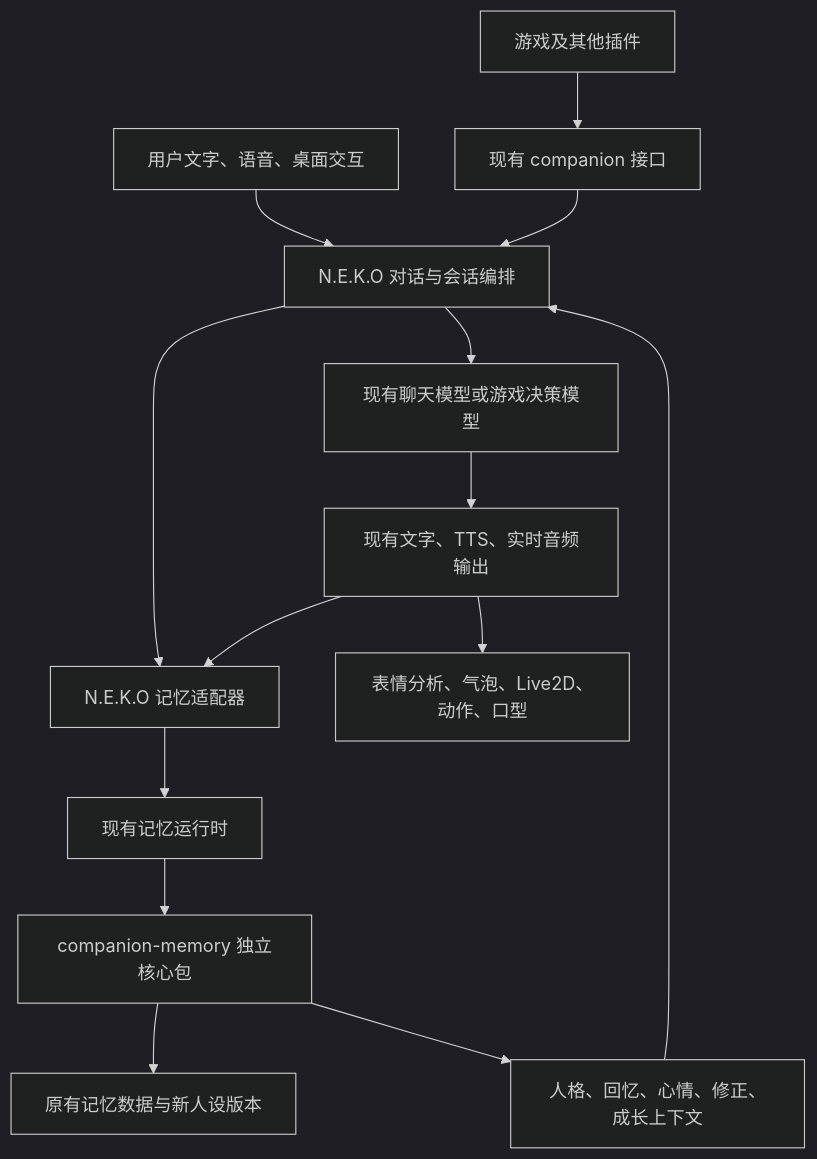
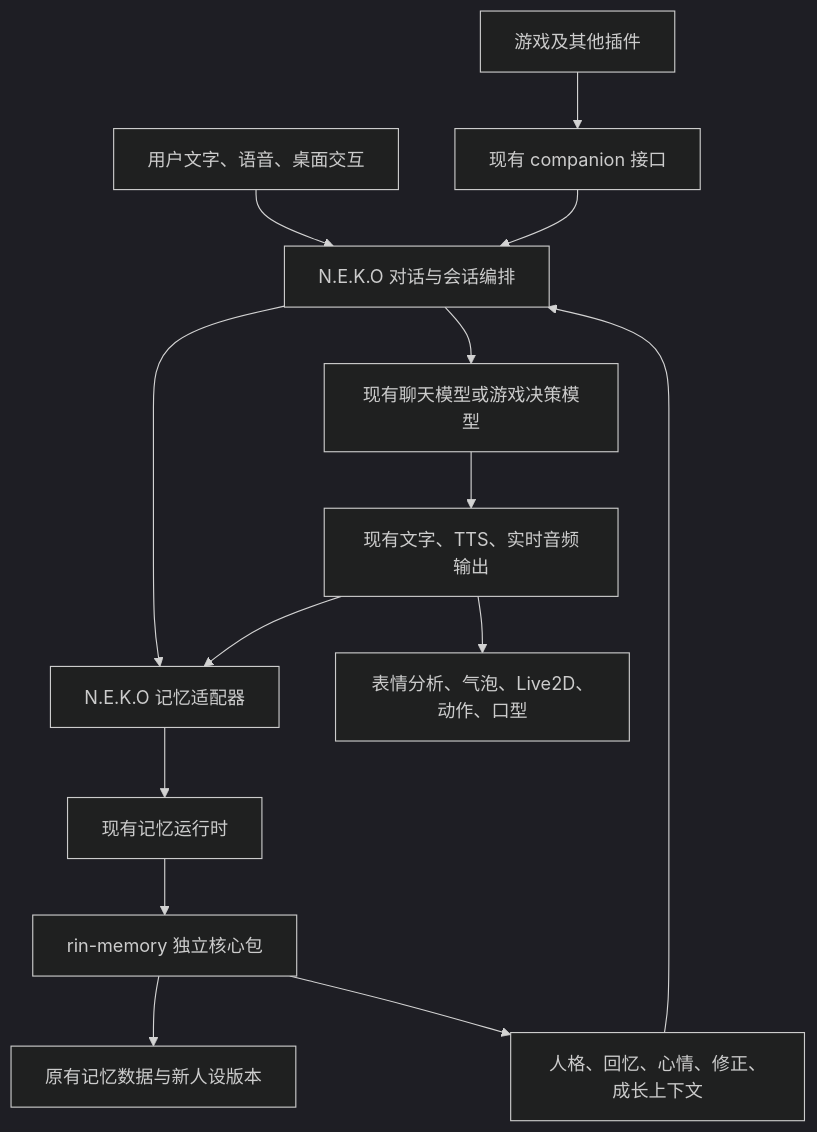
One commit to lxl8182/companion-memory changed the diagram in docs/design.md. Above: the diagram before and after it, drawn with Mermaid (dark theme). The commit also changed other lines of this file and 170 other files, not shown here.

Commit message:
统一 rin_memory 导入命名及本机目录和启动路径

````diff
--- a/docs/design.md
+++ b/docs/design.md
@@ -62,16 +62,16 @@
 ```mermaid
 flowchart TB
     U[用户文字、语音、桌面交互] --> H[N.E.K.O 对话与会话编排]
     G[游戏及其他插件] --> C[现有 companion 接口]
     C --> H
     H --> A[N.E.K.O 记忆适配器]
     A --> R[现有记忆运行时]
-    R --> E[companion-memory 独立核心包]
+    R --> E[rin-memory 独立核心包]
     E --> D[原有记忆数据与新人设版本]
     E --> X[人格、回忆、心情、修正、成长上下文]
     X --> H
     H --> L[现有聊天模型或游戏决策模型]
     L --> O[现有文字、TTS、实时音频输出]
     O --> F[表情分析、气泡、Live2D、动作、口型]
     O --> A
 ```
````
